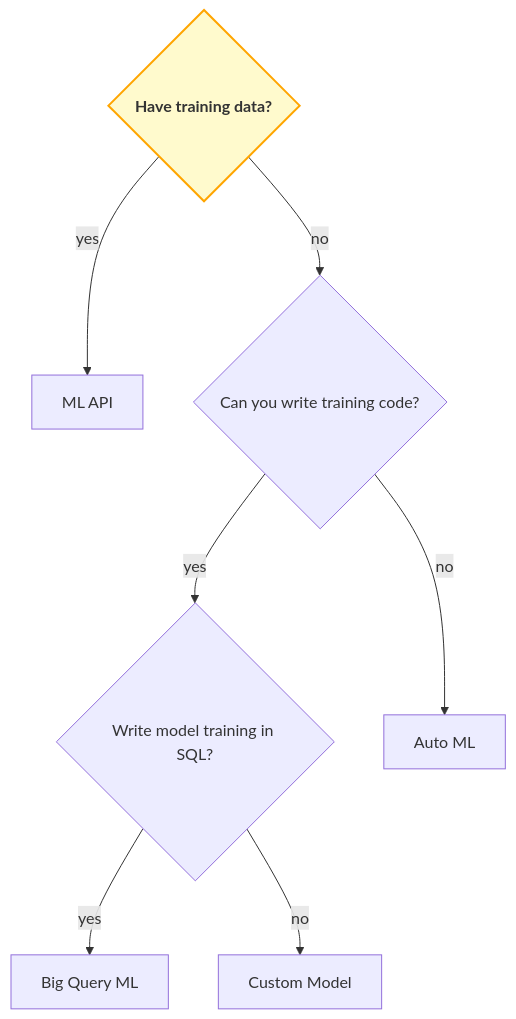
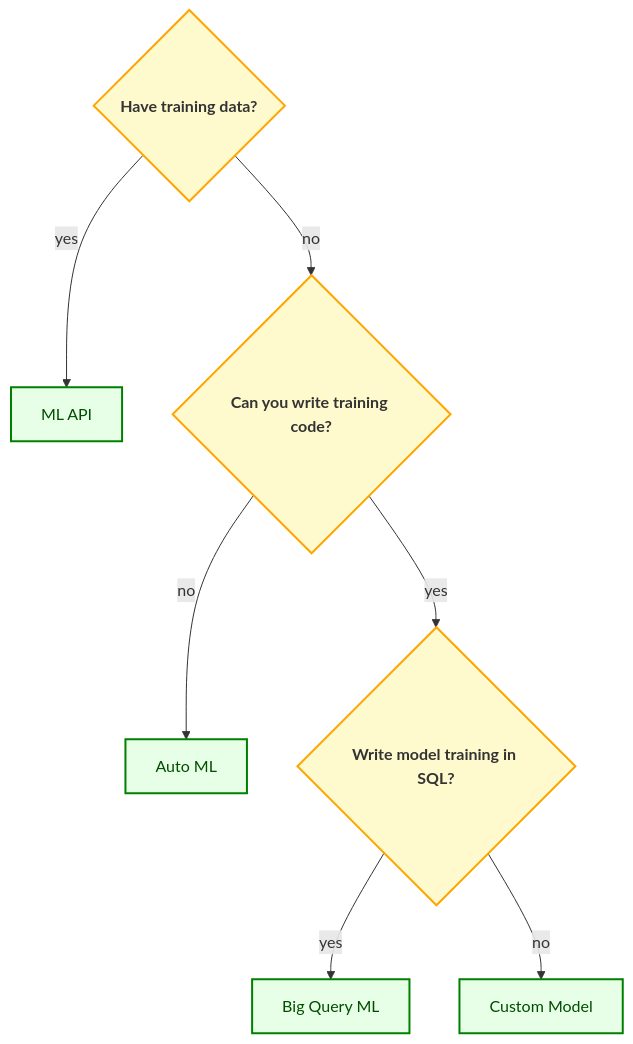
The diagram in README.md (acnaweb/vertexai), drawn with Mermaid before and after one commit. The commit also changed other lines of this file, not shown here.

````diff
--- a/README.md
+++ b/README.md
@@ -6,16 +5,15 @@
-```mermaid
-    
+```mermaid  
 flowchart TD
     %% Definições de estilos para tema light
     classDef startEnd fill:#f0f8ff,stroke:#005f99,stroke-width:2px,color:#005f99,font-weight:bold;
     classDef decision fill:#fffacd,stroke:#ffa500,stroke-width:2px,color:#333,font-weight:bold;
     classDef action fill:#e6ffe6,stroke:#008000,stroke-width:2px,color:#004d00;
 
     training_data{"Have training data?"}:::decision
-    training_data -->|yes| ML_API["ML API"]
-    training_data -->|no| write_training_code{"Can you write training code?"}
-    write_training_code -->|yes| write_model_sql{"Write model training in SQL?"}
-    write_training_code -->|no| auto_ml["Auto ML"]
-    write_model_sql -->|yes| bigquery_ml["Big Query ML"]
-    write_model_sql -->|no| custom_model["Custom Model"]
+    training_data -->|yes| ML_API["ML API"]:::action
+    training_data -->|no| write_training_code{"Can you write training code?"}:::decision
+    write_training_code -->|no| auto_ml["Auto ML"]:::action
+    write_training_code -->|yes| write_model_sql{"Write model training in SQL?"}:::decision    
+    write_model_sql -->|yes| bigquery_ml["Big Query ML"]:::action
+    write_model_sql -->|no| custom_model["Custom Model"]:::action
 ```
````
